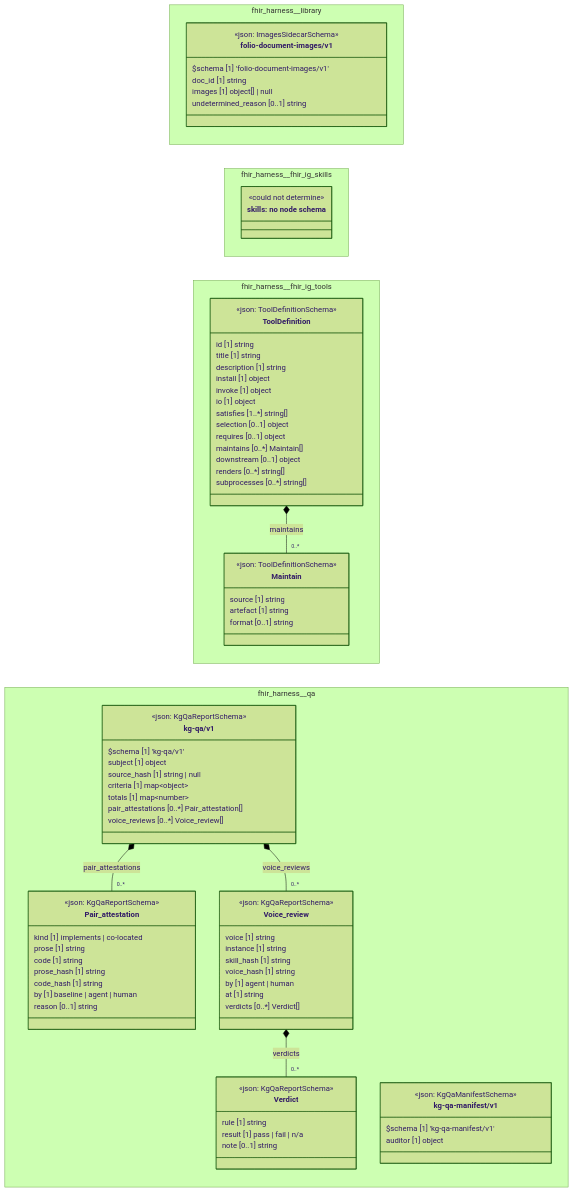
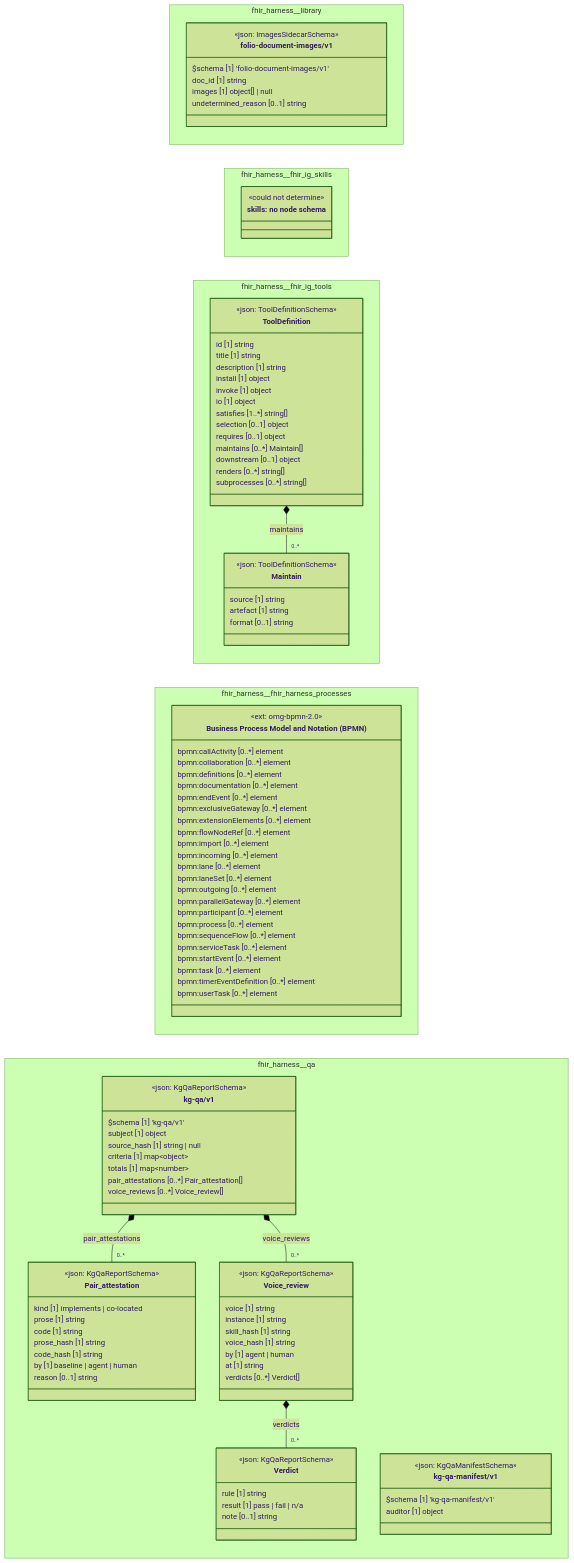
The diagram in cat-harness/docs/uml/overview/fhir-harness.md (litlfred/folio-assistant), drawn with Mermaid (forest theme) before and after one commit. The commit also changed other lines of this file and 1271 other files, not shown here.

First line of the commit message:
Placement PR3 (63wl): BPMN/DMN move up to owners; harness processes regroup by concern

```diff
--- a/cat-harness/docs/uml/overview/fhir-harness.md
+++ b/cat-harness/docs/uml/overview/fhir-harness.md
@@ -84,6 +86,33 @@
       downstream [0..1] object
       renders [0..*] string[]
       subprocesses [0..*] string[]
+    }
+  }
+  namespace fhir_harness__fhir_harness_processes {
+    class fhir_harness_fhir_harness_processes_omg_bpmn_2_0["Business Process Model and Notation (BPMN)"] {
+      <<ext: omg-bpmn-2.0>>
+      bpmn:callActivity [0..*] element
+      bpmn:collaboration [0..*] element
+      bpmn:definitions [0..*] element
+      bpmn:documentation [0..*] element
+      bpmn:endEvent [0..*] element
+      bpmn:exclusiveGateway [0..*] element
+      bpmn:extensionElements [0..*] element
+      bpmn:flowNodeRef [0..*] element
+      bpmn:import [0..*] element
+      bpmn:incoming [0..*] element
+      bpmn:lane [0..*] element
+      bpmn:laneSet [0..*] element
+      bpmn:outgoing [0..*] element
+      bpmn:parallelGateway [0..*] element
+      bpmn:participant [0..*] element
+      bpmn:process [0..*] element
+      bpmn:sequenceFlow [0..*] element
+      bpmn:serviceTask [0..*] element
+      bpmn:startEvent [0..*] element
+      bpmn:task [0..*] element
+      bpmn:timerEventDefinition [0..*] element
+      bpmn:userTask [0..*] element
     }
   }
   namespace fhir_harness__qa {
@@ -135,6 +164,7 @@
   fhir_harness_fhir_ig_tools_ToolDefinition *-- "0..*" fhir_harness_fhir_ig_tools_Maintain : maintains
   cssClass "fhir_harness_fhir_ig_tools_Maintain" fa_uml_kind_tools
   cssClass "fhir_harness_fhir_ig_tools_ToolDefinition" fa_uml_kind_tools
+  cssClass "fhir_harness_fhir_harness_processes_omg_bpmn_2_0" fa_uml_kind_processes
   fhir_harness_qa_kg_qa_v1_kg_qa_v1 *-- "0..*" fhir_harness_qa_kg_qa_v1_Pair_attestation : pair_attestations
   fhir_harness_qa_kg_qa_v1_Voice_review *-- "0..*" fhir_harness_qa_kg_qa_v1_Verdict : verdicts
   fhir_harness_qa_kg_qa_v1_kg_qa_v1 *-- "0..*" fhir_harness_qa_kg_qa_v1_Voice_review : voice_reviews
```
